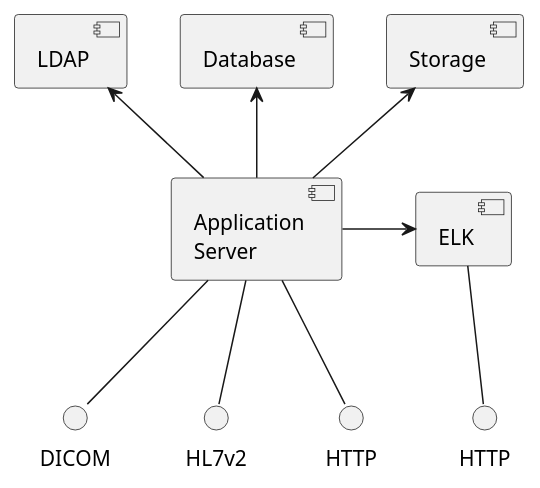
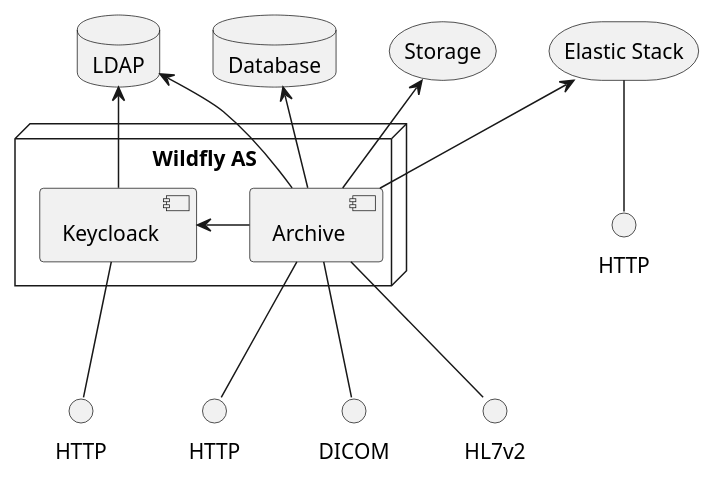
One commit to dcm4che/dcm4chee-arc-cs changed the diagram in docs/networking/model/components.puml. Above: the diagram before and after it, drawn with PlantUML. The commit also changed 2 other files, not shown here.

```diff
--- a/docs/networking/model/components.puml
+++ b/docs/networking/model/components.puml
@@ -1,12 +1,25 @@
 @startuml
-[Application\nServer] as arc
-[LDAP] <-- arc
-[Database] <-- arc
-[Storage] <-- arc
-arc -> [ELK]
-() HTTP as http
-[ELK] -- http
+skinparam componentStyle uml2
+database LDAP
+database Database as db
+storage Storage
+node "Wildfly AS" {
+[Archive] as arc
+[Keycloack] as kc
+}
+storage "Elastic Stack" as elk
+() HTTP as http1
+() HTTP as http2
+() HTTP as http3
+LDAP <-- kc
+kc -- http1
+LDAP <-- arc
+db <-- arc
+Storage <-- arc
+kc <- arc
 arc -- DICOM
 arc -- HL7v2
-arc -- HTTP
+arc -- http2
+elk <-- arc
+elk -- http3
 @enduml
```
